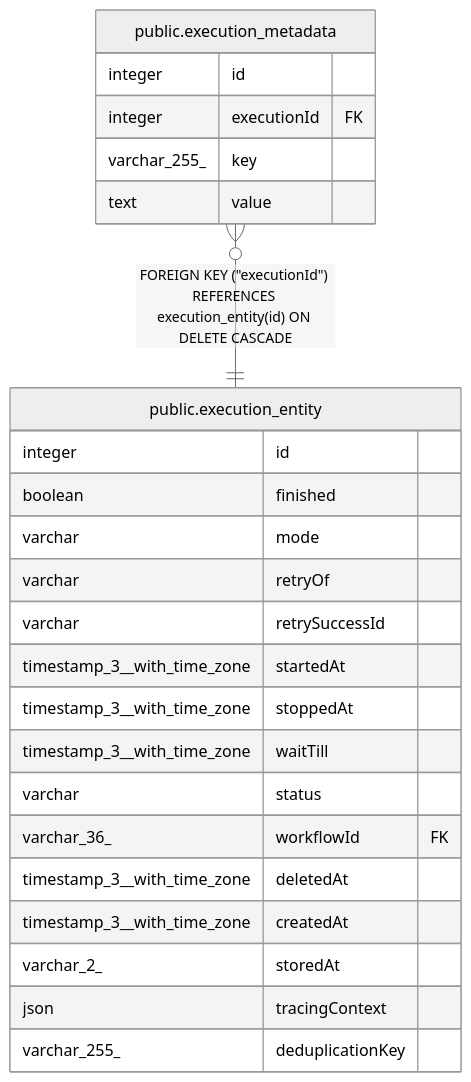
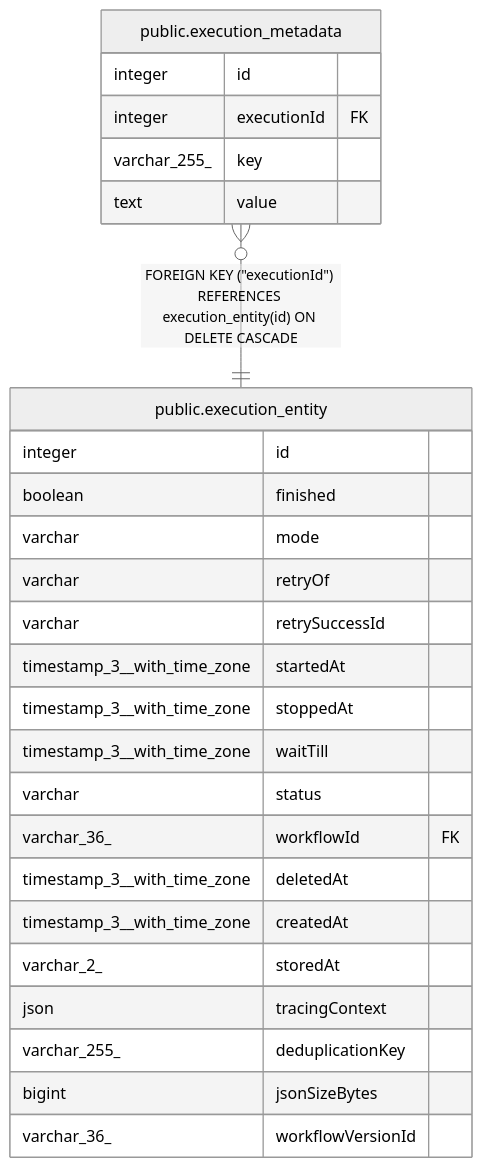
The diagram in docs/generated/postgres-schema/public.execution_metadata.md (mayankjain1815-commits/n8n), drawn with Mermaid (neutral theme) before and after one commit. The commit also changed 40 other files, not shown here.

Commit message:
feat(core): Add sizeBytes and workflowVersionId to executions (no-changelog) (#32067)

````diff
--- a/docs/generated/postgres-schema/public.execution_metadata.md
+++ b/docs/generated/postgres-schema/public.execution_metadata.md
@@ -32,29 +32,31 @@
 ```mermaid
 erDiagram
 
 "public.execution_metadata" }o--|| "public.execution_entity" : "FOREIGN KEY (#quot;executionId#quot;) REFERENCES execution_entity(id) ON DELETE CASCADE"
 
 "public.execution_metadata" {
   integer id
   integer executionId FK
   varchar_255_ key
   text value
 }
 "public.execution_entity" {
   integer id
   boolean finished
   varchar mode
   varchar retryOf
   varchar retrySuccessId
   timestamp_3__with_time_zone startedAt
   timestamp_3__with_time_zone stoppedAt
   timestamp_3__with_time_zone waitTill
   varchar status
   varchar_36_ workflowId FK
   timestamp_3__with_time_zone deletedAt
   timestamp_3__with_time_zone createdAt
   varchar_2_ storedAt
   json tracingContext
   varchar_255_ deduplicationKey
+  bigint jsonSizeBytes
+  varchar_36_ workflowVersionId
 }
 ```
````
